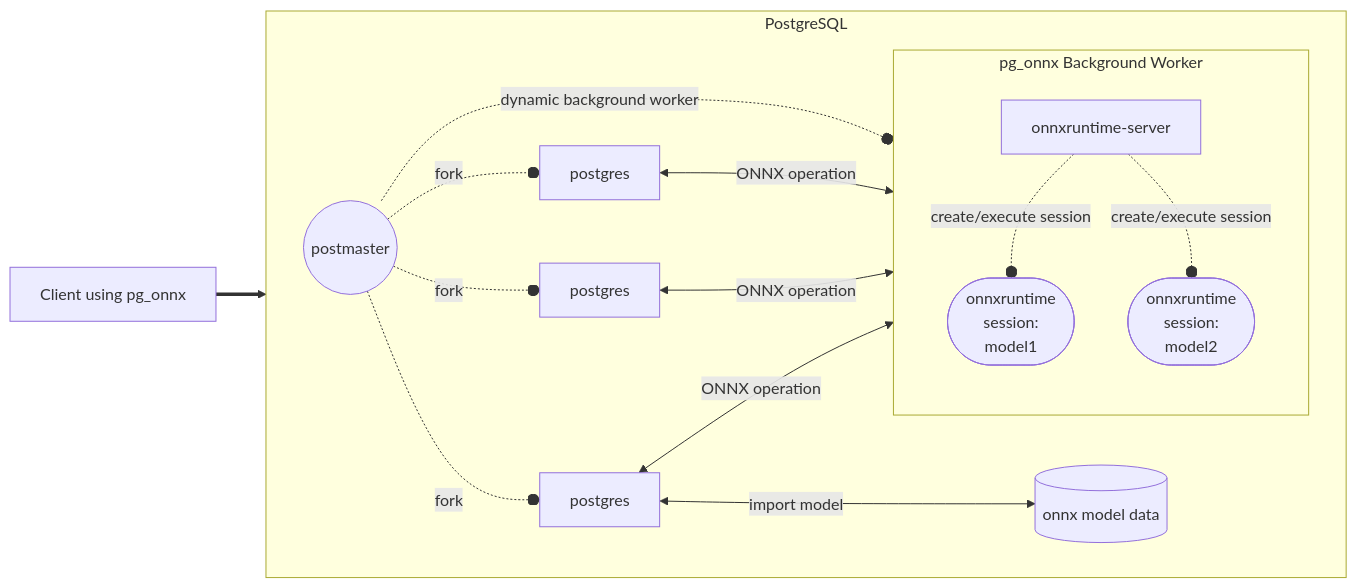
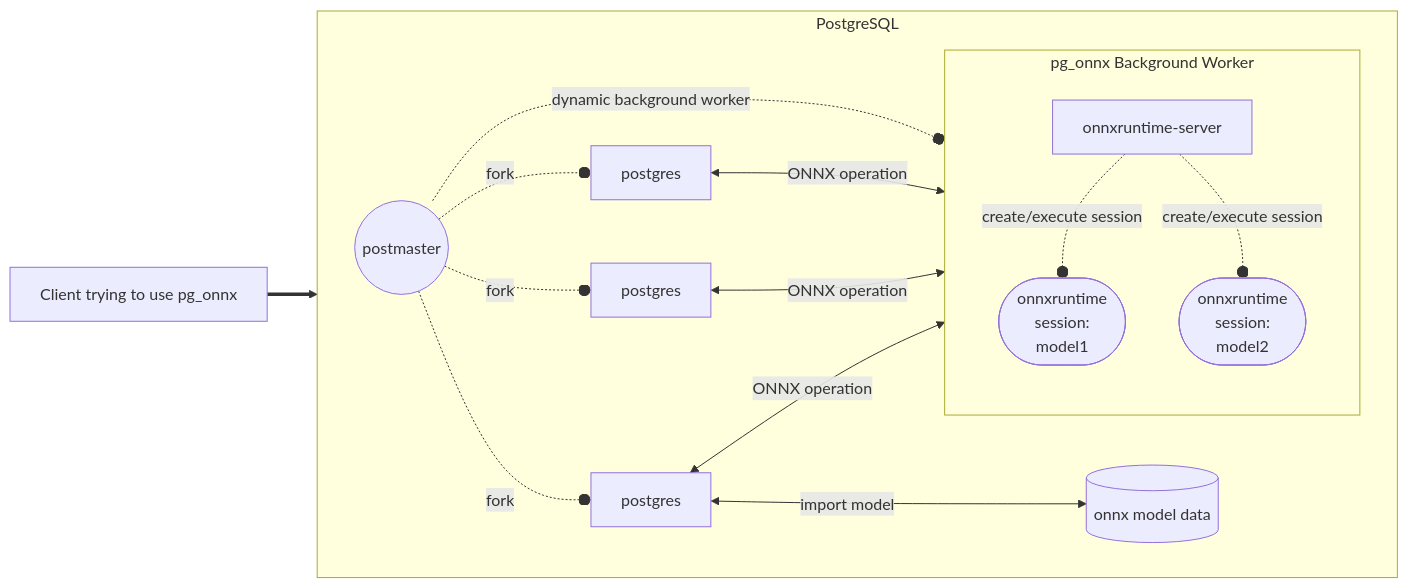
One commit to kibae/pg_onnx changed the diagram in README.md. Above: the diagram before and after it, drawn with Mermaid.

````diff
--- a/README.md
+++ b/README.md
@@ -15,23 +15,23 @@
 ```mermaid
 graph LR
     subgraph P[PostgreSQL]
         direction LR
         PM((postmaster))
         PS1[postgres]
         PS2[postgres]
         PS3[postgres]
         TABLE[(onnx model data)]
         subgraph ONNX[pg_onnx Background Worker]
             direction TB
             OS[onnxruntime-server]
             ONNX1([onnxruntime\nsession:\nmodel1])
             ONNX2([onnxruntime\nsession:\nmodel2])
             OS -. " create/execute session " .-o ONNX1 & ONNX2
         end
         PM -. " fork " .-o PS1 & PS2 & PS3
         PM -. " dynamic background worker " .-o ONNX
         PS3 <-- " import model " --> TABLE
         PS1 & PS2 & PS3 <-- " ONNX operation " --> ONNX
     end
-    C[Client using pg_onnx] ==> PS3
+    C[Client trying to use pg_onnx] ==> PS3
 ```
````
